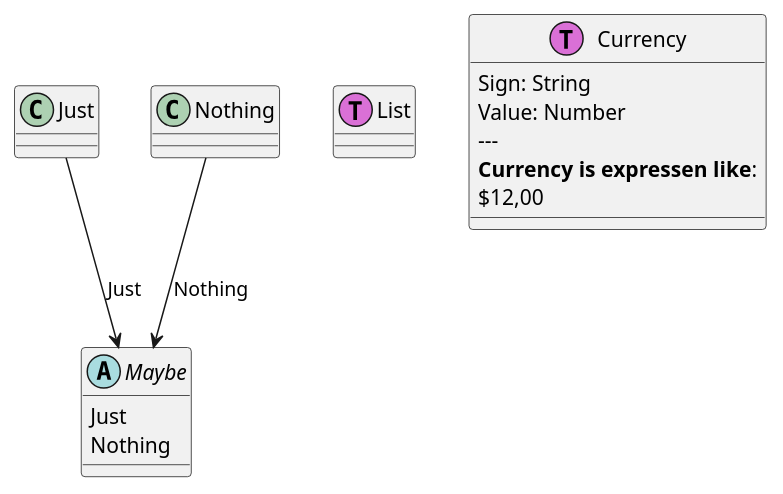
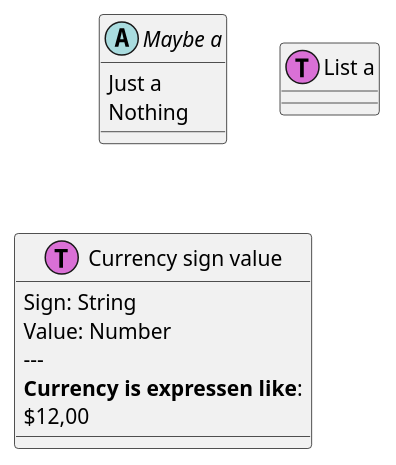
Before and after one commit to Baudin999/car-lang: the diagram in Examples/.out/Prelude/Prelude.puml, drawn with PlantUML. The commit also changed 17 other files, not shown here.

Commit message:
Working on the ERD, we need to ignore the imported entities and we need to show the templated properties

```diff
--- a/Examples/.out/Prelude/Prelude.puml
+++ b/Examples/.out/Prelude/Prelude.puml
@@ -1,16 +1,14 @@
-abstract Maybe {
-	Just
-	Nothing
+abstract "Maybe a" as Maybe {
+	Just a
+	Nothing 
 }
-Just --> Maybe : Just
-Nothing --> Maybe : Nothing
-class List<< (T,orchid) >> {
+class "List a" as List << (T,orchid) >> {
 }
-class Currency<< (T,orchid) >> {
+class "Currency sign value" as Currency << (T,orchid) >> {
 	Sign: String 
 	Value: Number 
   ---
   <b>Currency is expressen like</b>:
  $12,00
     
 }
```
